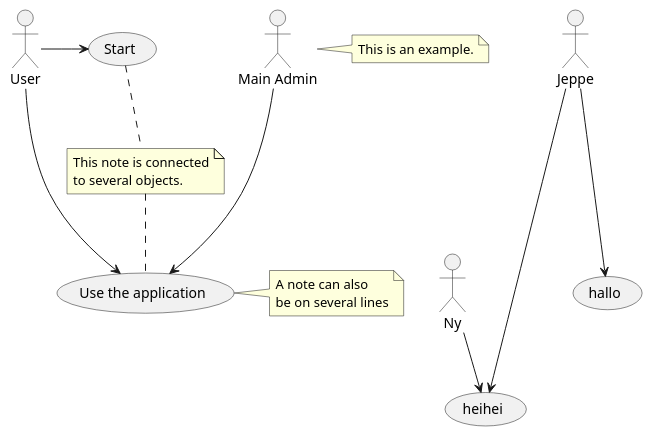
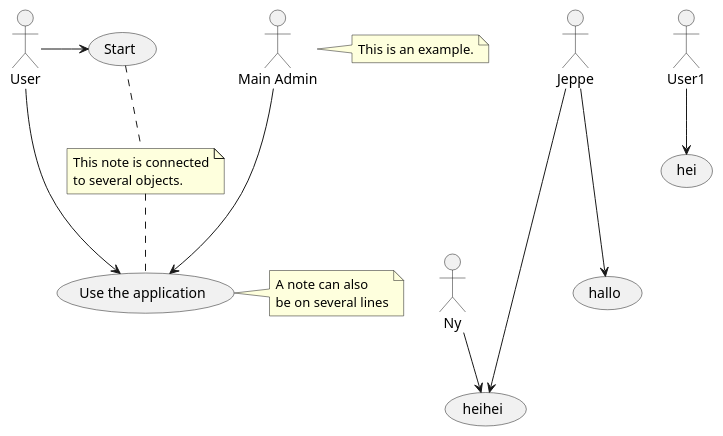
The diagram in usecase.puml (SetGruppe6/diagrammer), drawn with PlantUML before and after one commit.

Commit message:
Merge remote-tracking branch 'origin/master'
# Conflicts:
#	.idea/misc.xml
#	.idea/modules.xml

```diff
--- a/usecase.puml
+++ b/usecase.puml
@@ -1,27 +1,29 @@
 @startuml
 :Main Admin: as Admin
 (Use the application) as (Use)
 
 User -> (Start)
 User --> (Use)
 
 Admin ---> (Use)
 
 
 Ny--> (heihei)
 Jeppe---> (hallo)
 Jeppe---->(heihei)
 
+User1 --> (hei)
+
 
 
 note right of Admin : This is an example.
 
 note right of (Use)
 A note can also
 be on several lines
 end note
 
 note "This note is connected\nto several objects." as N2
 (Start) .. N2
 N2 .. (Use)
 @enduml
```
